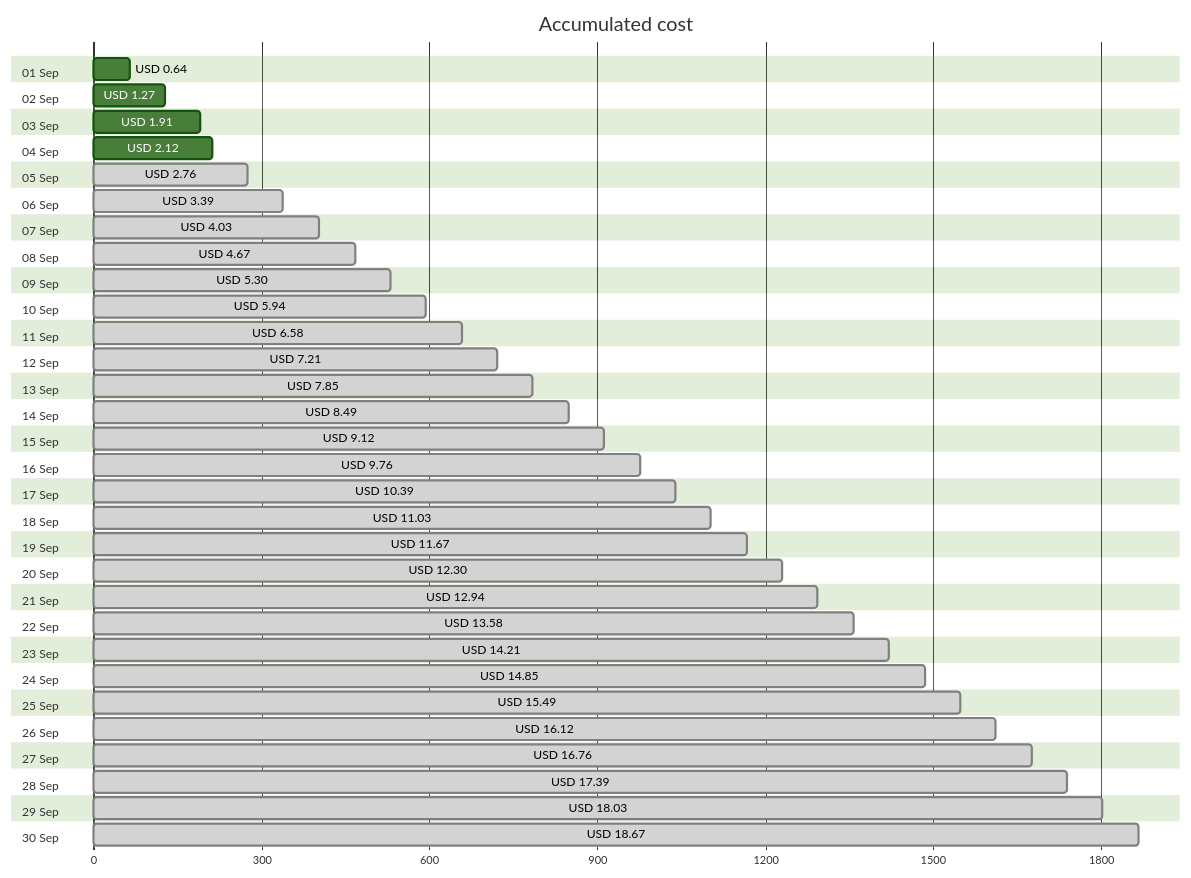
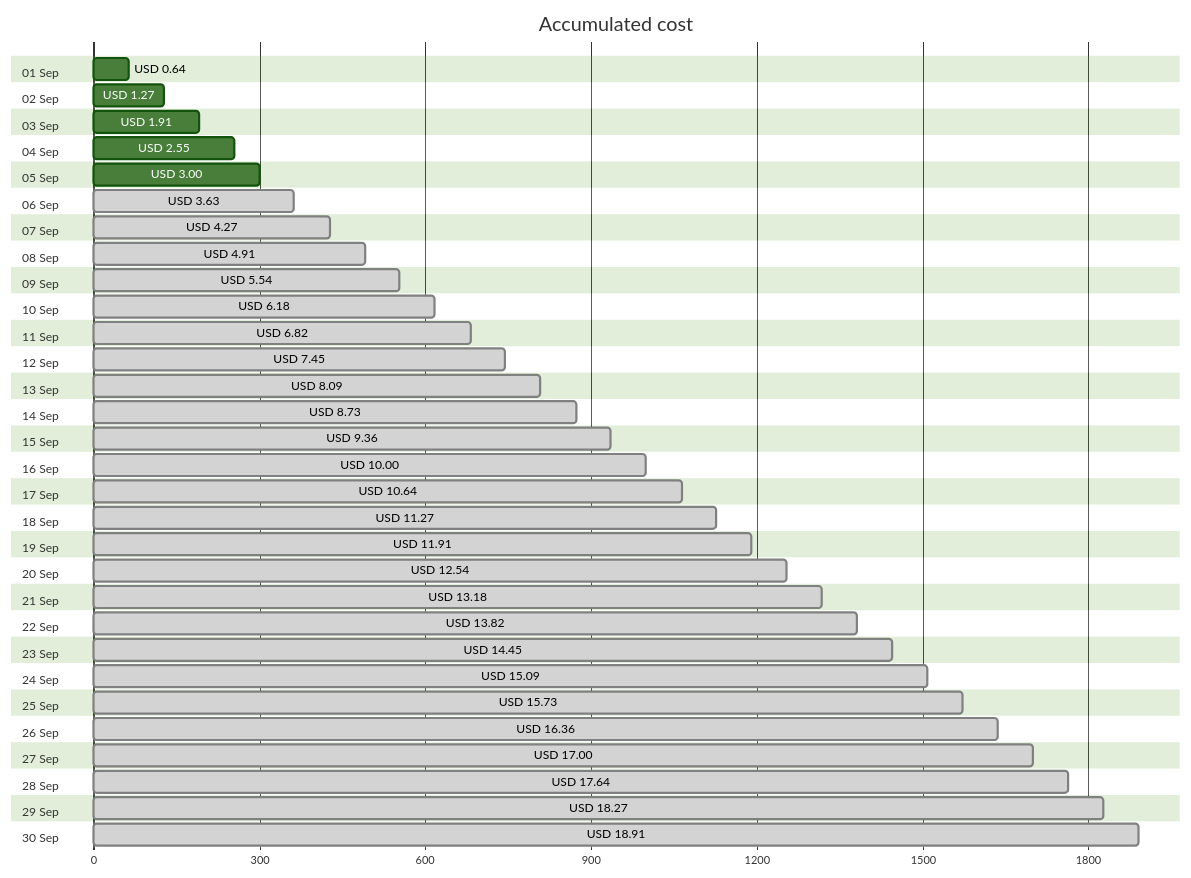
One commit to jpfulton/azure-personal-reports changed the first of 4 diagrams in cost-reports/accumulated-cost.md. Above: the diagram before and after it, drawn with Mermaid (forest theme). The commit also changed other lines of this file and 4 other files, not shown here.

````diff
--- a/cost-reports/accumulated-cost.md
+++ b/cost-reports/accumulated-cost.md
@@ -20,66 +20,66 @@
 ```mermaid
 gantt
    title Accumulated cost
    dateFormat  X
    axisFormat %s
    section 01 Sep
    USD 0.64 :0, 64
    section 02 Sep
    USD 1.27 :0, 127
    section 03 Sep
    USD 1.91 :0, 191
    section 04 Sep
-   USD 2.12 :0, 212
+   USD 2.55 :0, 255
    section 05 Sep
-   USD 2.76 : done, 0, 276
+   USD 3.00 :0, 300
    section 06 Sep
-   USD 3.39 : done, 0, 339
+   USD 3.63 : done, 0, 363
    section 07 Sep
-   USD 4.03 : done, 0, 403
+   USD 4.27 : done, 0, 427
    section 08 Sep
-   USD 4.67 : done, 0, 467
+   USD 4.91 : done, 0, 491
    section 09 Sep
-   USD 5.30 : done, 0, 530
+   USD 5.54 : done, 0, 554
    section 10 Sep
-   USD 5.94 : done, 0, 594
+   USD 6.18 : done, 0, 618
    section 11 Sep
-   USD 6.58 : done, 0, 658
+   USD 6.82 : done, 0, 682
    section 12 Sep
-   USD 7.21 : done, 0, 721
+   USD 7.45 : done, 0, 745
    section 13 Sep
-   USD 7.85 : done, 0, 785
+   USD 8.09 : done, 0, 809
    section 14 Sep
-   USD 8.49 : done, 0, 849
+   USD 8.73 : done, 0, 873
    section 15 Sep
-   USD 9.12 : done, 0, 912
+   USD 9.36 : done, 0, 936
    section 16 Sep
-   USD 9.76 : done, 0, 976
+   USD 10.00 : done, 0, 1000
    section 17 Sep
-   USD 10.39 : done, 0, 1039
+   USD 10.64 : done, 0, 1064
    section 18 Sep
-   USD 11.03 : done, 0, 1103
+   USD 11.27 : done, 0, 1127
    section 19 Sep
-   USD 11.67 : done, 0, 1167
+   USD 11.91 : done, 0, 1191
    section 20 Sep
-   USD 12.30 : done, 0, 1230
+   USD 12.54 : done, 0, 1254
    section 21 Sep
-   USD 12.94 : done, 0, 1294
+   USD 13.18 : done, 0, 1318
    section 22 Sep
-   USD 13.58 : done, 0, 1358
+   USD 13.82 : done, 0, 1382
    section 23 Sep
-   USD 14.21 : done, 0, 1421
+   USD 14.45 : done, 0, 1445
    section 24 Sep
-   USD 14.85 : done, 0, 1485
+   USD 15.09 : done, 0, 1509
    section 25 Sep
-   USD 15.49 : done, 0, 1549
+   USD 15.73 : done, 0, 1573
    section 26 Sep
-   USD 16.12 : done, 0, 1612
+   USD 16.36 : done, 0, 1636
    section 27 Sep
-   USD 16.76 : done, 0, 1676
+   USD 17.00 : done, 0, 1700
    section 28 Sep
-   USD 17.39 : done, 0, 1739
+   USD 17.64 : done, 0, 1764
    section 29 Sep
-   USD 18.03 : done, 0, 1803
+   USD 18.27 : done, 0, 1827
    section 30 Sep
-   USD 18.67 : done, 0, 1867
+   USD 18.91 : done, 0, 1891
 ```
````
